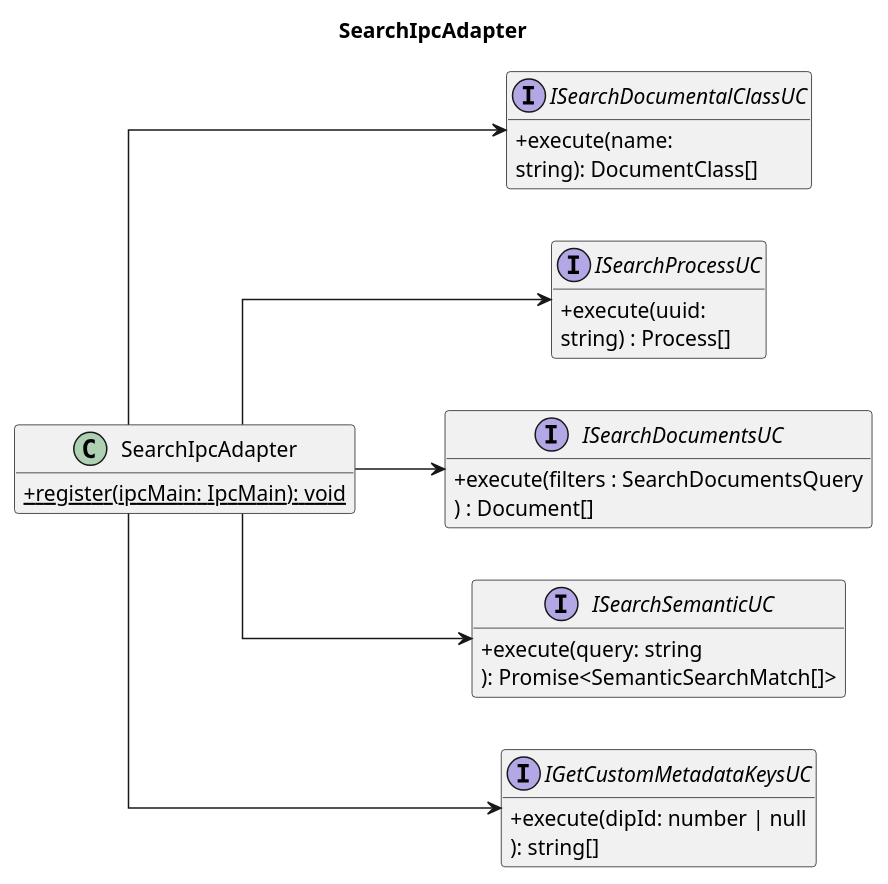
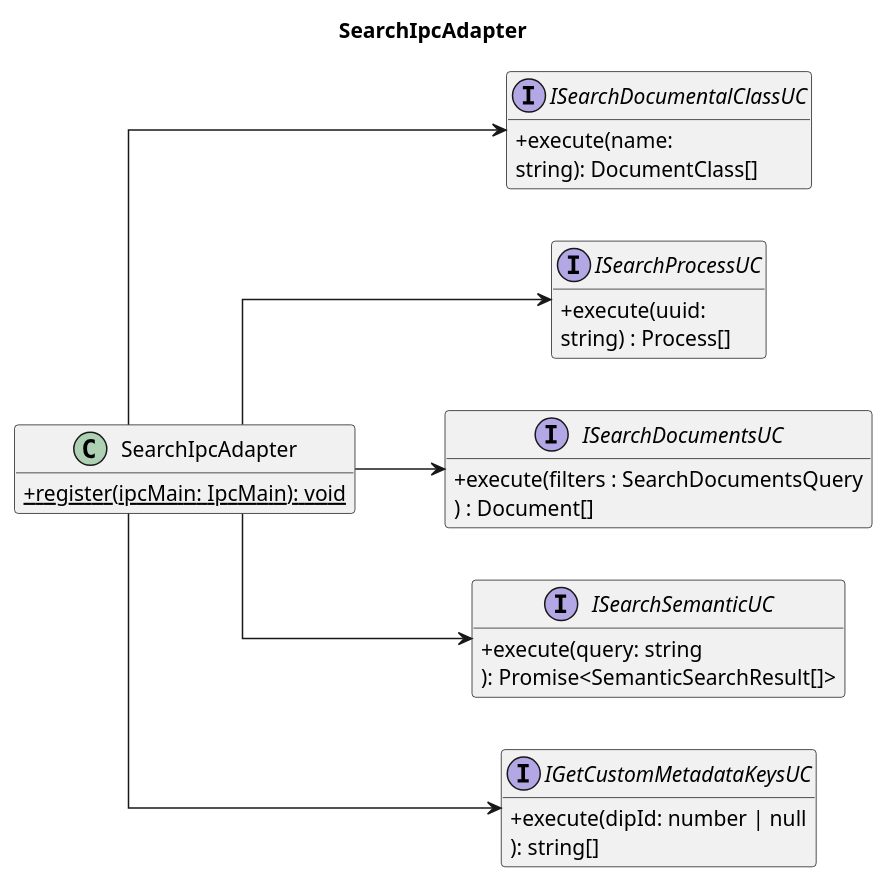
The first of 15 diagrams in 3_PB/DocumentiEsterni/DiagrammiSpecificaTecnica/C4/C4_backend_Search.puml (7-ZPUs/Docs), drawn with PlantUML before and after one commit. The commit also changed other lines of this file and 7 other files, not shown here.

```diff
--- a/3_PB/DocumentiEsterni/DiagrammiSpecificaTecnica/C4/C4_backend_Search.puml
+++ b/3_PB/DocumentiEsterni/DiagrammiSpecificaTecnica/C4/C4_backend_Search.puml
@@ -1,40 +1,40 @@
 @startuml
 title SearchIpcAdapter
 
 left to right direction
 skinparam classAttributeIconSize 0
 skinparam linetype ortho
 hide empty members
 
 class SearchIpcAdapter {
     + {static} register(ipcMain: IpcMain): void
 }
 
 interface ISearchDocumentalClassUC {
     + execute(name: 
     string): DocumentClass[]
 }
 interface ISearchProcessUC {
     + execute(uuid: 
     string) : Process[]
 }
 interface ISearchDocumentsUC {
     + execute(filters : SearchDocumentsQuery
     ) : Document[]
 }
 interface ISearchSemanticUC {
     + execute(query: string
-    ): Promise<SemanticSearchMatch[]>
+    ): Promise<SemanticSearchResult[]>
 }
 interface IGetCustomMetadataKeysUC {
     + execute(dipId: number | null
     ): string[]
 }
 
 SearchIpcAdapter --> ISearchDocumentalClassUC
 SearchIpcAdapter --> ISearchProcessUC        
 SearchIpcAdapter --> ISearchDocumentsUC      
 SearchIpcAdapter --> ISearchSemanticUC       
 SearchIpcAdapter --> IGetCustomMetadataKeysUC
 
 @enduml
```
